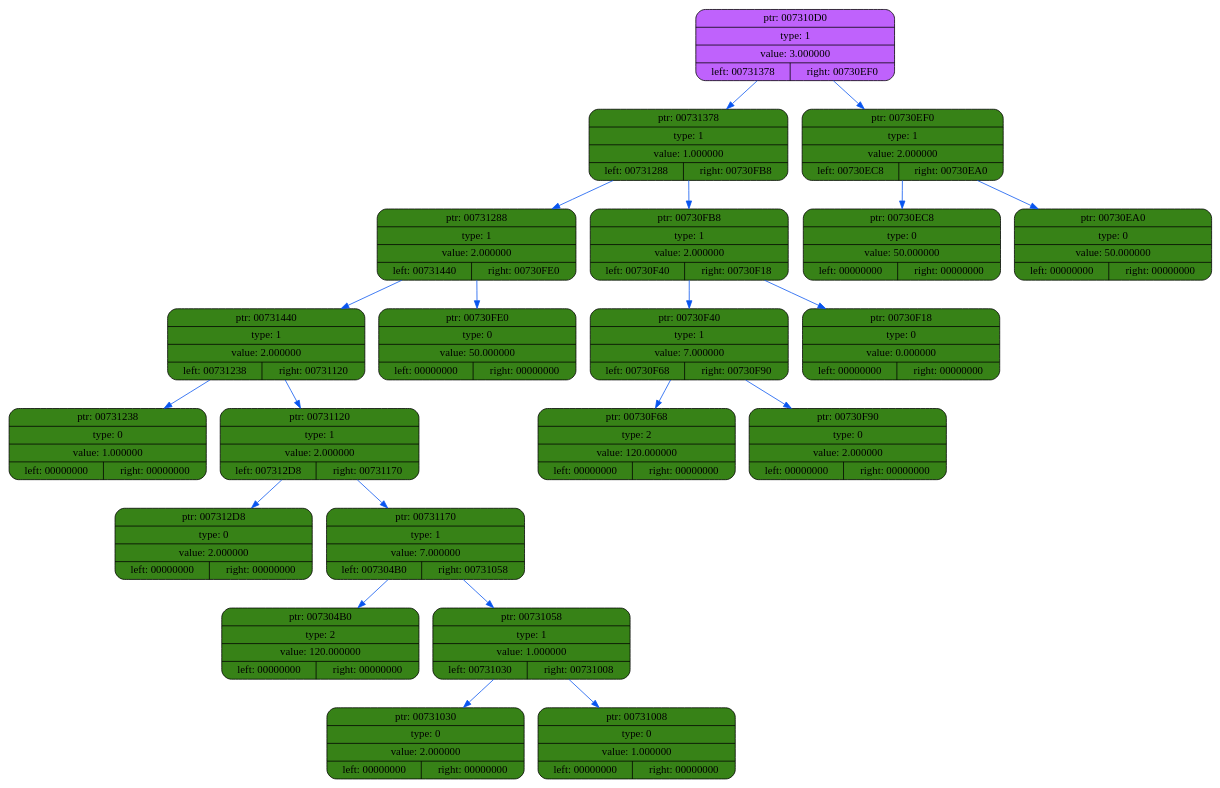
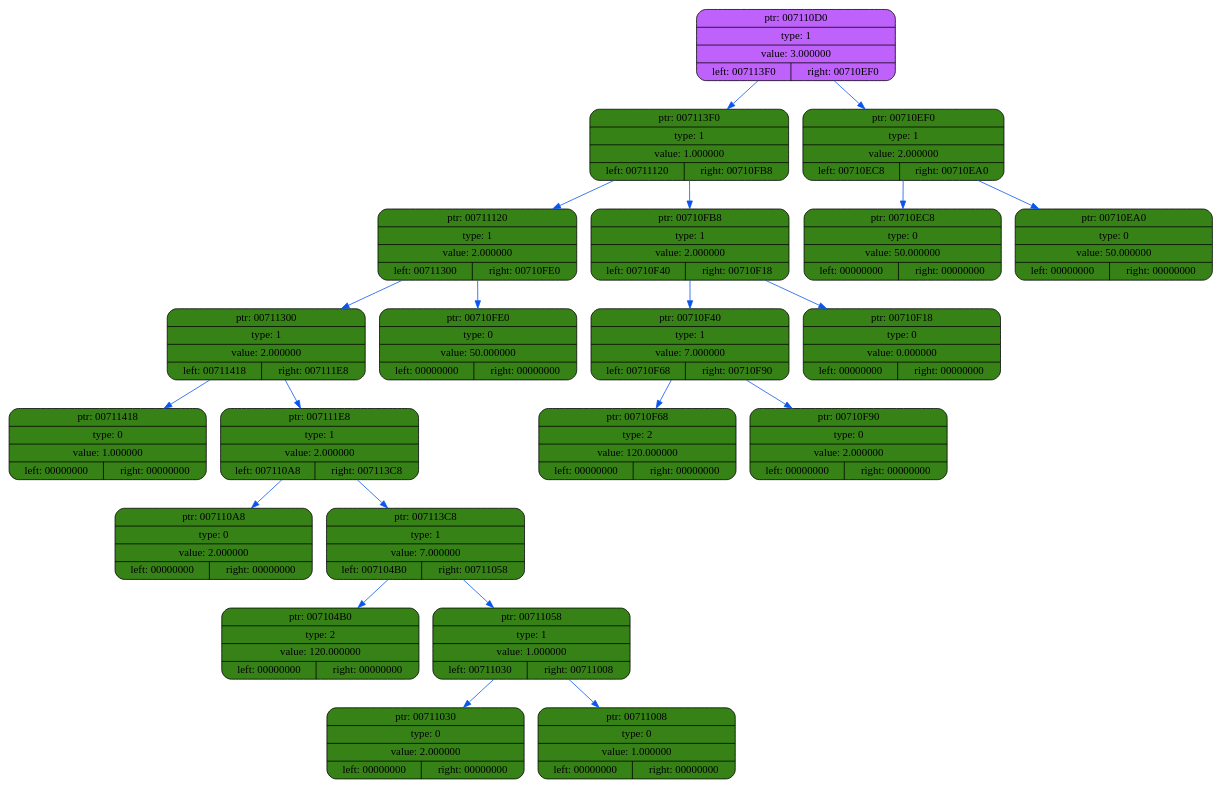
The diagram in dump/dump6.dot (coffee8cat/differentiator), drawn with Graphviz before and after one commit. The commit also changed 21 other files, not shown here.

```diff
--- a/dump/dump6.dot
+++ b/dump/dump6.dot
@@ -1,46 +1,46 @@
 digraph
 {
     rankdir=TP
 
-        node007310D0[shape=record,style="rounded,filled",fillcolor="#BF62FC",label="{ ptr: 007310D0 | type: 1 | value: 3.000000| { left: 00731378 | right: 00730EF0 }}"];
-    node007310D0 -> node00731378[color="#0855F0"]
-    node00731378[shape=record,style="rounded,filled",fillcolor="#378217",label="{ ptr: 00731378 | type: 1 | value: 1.000000| { left: 00731288 | right: 00730FB8 }}"];
-    node00731378 -> node00731288[color="#0855F0"]
-    node00731288[shape=record,style="rounded,filled",fillcolor="#378217",label="{ ptr: 00731288 | type: 1 | value: 2.000000| { left: 00731440 | right: 00730FE0 }}"];
-    node00731288 -> node00731440[color="#0855F0"]
-    node00731440[shape=record,style="rounded,filled",fillcolor="#378217",label="{ ptr: 00731440 | type: 1 | value: 2.000000| { left: 00731238 | right: 00731120 }}"];
-    node00731440 -> node00731238[color="#0855F0"]
-    node00731238[shape=record,style="rounded,filled",fillcolor="#378217",label="{ ptr: 00731238 | type: 0 | value: 1.000000| { left: 00000000 | right: 00000000 }}"];
-    node00731440 -> node00731120[color="#0855F0"]
-    node00731120[shape=record,style="rounded,filled",fillcolor="#378217",label="{ ptr: 00731120 | type: 1 | value: 2.000000| { left: 007312D8 | right: 00731170 }}"];
-    node00731120 -> node007312D8[color="#0855F0"]
-    node007312D8[shape=record,style="rounded,filled",fillcolor="#378217",label="{ ptr: 007312D8 | type: 0 | value: 2.000000| { left: 00000000 | right: 00000000 }}"];
-    node00731120 -> node00731170[color="#0855F0"]
-    node00731170[shape=record,style="rounded,filled",fillcolor="#378217",label="{ ptr: 00731170 | type: 1 | value: 7.000000| { left: 007304B0 | right: 00731058 }}"];
-    node00731170 -> node007304B0[color="#0855F0"]
-    node007304B0[shape=record,style="rounded,filled",fillcolor="#378217",label="{ ptr: 007304B0 | type: 2 | value: 120.000000| { left: 00000000 | right: 00000000 }}"];
-    node00731170 -> node00731058[color="#0855F0"]
-    node00731058[shape=record,style="rounded,filled",fillcolor="#378217",label="{ ptr: 00731058 | type: 1 | value: 1.000000| { left: 00731030 | right: 00731008 }}"];
-    node00731058 -> node00731030[color="#0855F0"]
-    node00731030[shape=record,style="rounded,filled",fillcolor="#378217",label="{ ptr: 00731030 | type: 0 | value: 2.000000| { left: 00000000 | right: 00000000 }}"];
-    node00731058 -> node00731008[color="#0855F0"]
-    node00731008[shape=record,style="rounded,filled",fillcolor="#378217",label="{ ptr: 00731008 | type: 0 | value: 1.000000| { left: 00000000 | right: 00000000 }}"];
-    node00731288 -> node00730FE0[color="#0855F0"]
-    node00730FE0[shape=record,style="rounded,filled",fillcolor="#378217",label="{ ptr: 00730FE0 | type: 0 | value: 50.000000| { left: 00000000 | right: 00000000 }}"];
-    node00731378 -> node00730FB8[color="#0855F0"]
-    node00730FB8[shape=record,style="rounded,filled",fillcolor="#378217",label="{ ptr: 00730FB8 | type: 1 | value: 2.000000| { left: 00730F40 | right: 00730F18 }}"];
-    node00730FB8 -> node00730F40[color="#0855F0"]
-    node00730F40[shape=record,style="rounded,filled",fillcolor="#378217",label="{ ptr: 00730F40 | type: 1 | value: 7.000000| { left: 00730F68 | right: 00730F90 }}"];
-    node00730F40 -> node00730F68[color="#0855F0"]
-    node00730F68[shape=record,style="rounded,filled",fillcolor="#378217",label="{ ptr: 00730F68 | type: 2 | value: 120.000000| { left: 00000000 | right: 00000000 }}"];
-    node00730F40 -> node00730F90[color="#0855F0"]
-    node00730F90[shape=record,style="rounded,filled",fillcolor="#378217",label="{ ptr: 00730F90 | type: 0 | value: 2.000000| { left: 00000000 | right: 00000000 }}"];
-    node00730FB8 -> node00730F18[color="#0855F0"]
-    node00730F18[shape=record,style="rounded,filled",fillcolor="#378217",label="{ ptr: 00730F18 | type: 0 | value: 0.000000| { left: 00000000 | right: 00000000 }}"];
-    node007310D0 -> node00730EF0[color="#0855F0"]
-    node00730EF0[shape=record,style="rounded,filled",fillcolor="#378217",label="{ ptr: 00730EF0 | type: 1 | value: 2.000000| { left: 00730EC8 | right: 00730EA0 }}"];
-    node00730EF0 -> node00730EC8[color="#0855F0"]
-    node00730EC8[shape=record,style="rounded,filled",fillcolor="#378217",label="{ ptr: 00730EC8 | type: 0 | value: 50.000000| { left: 00000000 | right: 00000000 }}"];
-    node00730EF0 -> node00730EA0[color="#0855F0"]
-    node00730EA0[shape=record,style="rounded,filled",fillcolor="#378217",label="{ ptr: 00730EA0 | type: 0 | value: 50.000000| { left: 00000000 | right: 00000000 }}"];
+        node007110D0[shape=record,style="rounded,filled",fillcolor="#BF62FC",label="{ ptr: 007110D0 | type: 1 | value: 3.000000| { left: 007113F0 | right: 00710EF0 }}"];
+    node007110D0 -> node007113F0[color="#0855F0"]
+    node007113F0[shape=record,style="rounded,filled",fillcolor="#378217",label="{ ptr: 007113F0 | type: 1 | value: 1.000000| { left: 00711120 | right: 00710FB8 }}"];
+    node007113F0 -> node00711120[color="#0855F0"]
+    node00711120[shape=record,style="rounded,filled",fillcolor="#378217",label="{ ptr: 00711120 | type: 1 | value: 2.000000| { left: 00711300 | right: 00710FE0 }}"];
+    node00711120 -> node00711300[color="#0855F0"]
+    node00711300[shape=record,style="rounded,filled",fillcolor="#378217",label="{ ptr: 00711300 | type: 1 | value: 2.000000| { left: 00711418 | right: 007111E8 }}"];
+    node00711300 -> node00711418[color="#0855F0"]
+    node00711418[shape=record,style="rounded,filled",fillcolor="#378217",label="{ ptr: 00711418 | type: 0 | value: 1.000000| { left: 00000000 | right: 00000000 }}"];
+    node00711300 -> node007111E8[color="#0855F0"]
+    node007111E8[shape=record,style="rounded,filled",fillcolor="#378217",label="{ ptr: 007111E8 | type: 1 | value: 2.000000| { left: 007110A8 | right: 007113C8 }}"];
+    node007111E8 -> node007110A8[color="#0855F0"]
+    node007110A8[shape=record,style="rounded,filled",fillcolor="#378217",label="{ ptr: 007110A8 | type: 0 | value: 2.000000| { left: 00000000 | right: 00000000 }}"];
+    node007111E8 -> node007113C8[color="#0855F0"]
+    node007113C8[shape=record,style="rounded,filled",fillcolor="#378217",label="{ ptr: 007113C8 | type: 1 | value: 7.000000| { left: 007104B0 | right: 00711058 }}"];
+    node007113C8 -> node007104B0[color="#0855F0"]
+    node007104B0[shape=record,style="rounded,filled",fillcolor="#378217",label="{ ptr: 007104B0 | type: 2 | value: 120.000000| { left: 00000000 | right: 00000000 }}"];
+    node007113C8 -> node00711058[color="#0855F0"]
+    node00711058[shape=record,style="rounded,filled",fillcolor="#378217",label="{ ptr: 00711058 | type: 1 | value: 1.000000| { left: 00711030 | right: 00711008 }}"];
+    node00711058 -> node00711030[color="#0855F0"]
+    node00711030[shape=record,style="rounded,filled",fillcolor="#378217",label="{ ptr: 00711030 | type: 0 | value: 2.000000| { left: 00000000 | right: 00000000 }}"];
+    node00711058 -> node00711008[color="#0855F0"]
+    node00711008[shape=record,style="rounded,filled",fillcolor="#378217",label="{ ptr: 00711008 | type: 0 | value: 1.000000| { left: 00000000 | right: 00000000 }}"];
+    node00711120 -> node00710FE0[color="#0855F0"]
+    node00710FE0[shape=record,style="rounded,filled",fillcolor="#378217",label="{ ptr: 00710FE0 | type: 0 | value: 50.000000| { left: 00000000 | right: 00000000 }}"];
+    node007113F0 -> node00710FB8[color="#0855F0"]
+    node00710FB8[shape=record,style="rounded,filled",fillcolor="#378217",label="{ ptr: 00710FB8 | type: 1 | value: 2.000000| { left: 00710F40 | right: 00710F18 }}"];
+    node00710FB8 -> node00710F40[color="#0855F0"]
+    node00710F40[shape=record,style="rounded,filled",fillcolor="#378217",label="{ ptr: 00710F40 | type: 1 | value: 7.000000| { left: 00710F68 | right: 00710F90 }}"];
+    node00710F40 -> node00710F68[color="#0855F0"]
+    node00710F68[shape=record,style="rounded,filled",fillcolor="#378217",label="{ ptr: 00710F68 | type: 2 | value: 120.000000| { left: 00000000 | right: 00000000 }}"];
+    node00710F40 -> node00710F90[color="#0855F0"]
+    node00710F90[shape=record,style="rounded,filled",fillcolor="#378217",label="{ ptr: 00710F90 | type: 0 | value: 2.000000| { left: 00000000 | right: 00000000 }}"];
+    node00710FB8 -> node00710F18[color="#0855F0"]
+    node00710F18[shape=record,style="rounded,filled",fillcolor="#378217",label="{ ptr: 00710F18 | type: 0 | value: 0.000000| { left: 00000000 | right: 00000000 }}"];
+    node007110D0 -> node00710EF0[color="#0855F0"]
+    node00710EF0[shape=record,style="rounded,filled",fillcolor="#378217",label="{ ptr: 00710EF0 | type: 1 | value: 2.000000| { left: 00710EC8 | right: 00710EA0 }}"];
+    node00710EF0 -> node00710EC8[color="#0855F0"]
+    node00710EC8[shape=record,style="rounded,filled",fillcolor="#378217",label="{ ptr: 00710EC8 | type: 0 | value: 50.000000| { left: 00000000 | right: 00000000 }}"];
+    node00710EF0 -> node00710EA0[color="#0855F0"]
+    node00710EA0[shape=record,style="rounded,filled",fillcolor="#378217",label="{ ptr: 00710EA0 | type: 0 | value: 50.000000| { left: 00000000 | right: 00000000 }}"];
 }
```
